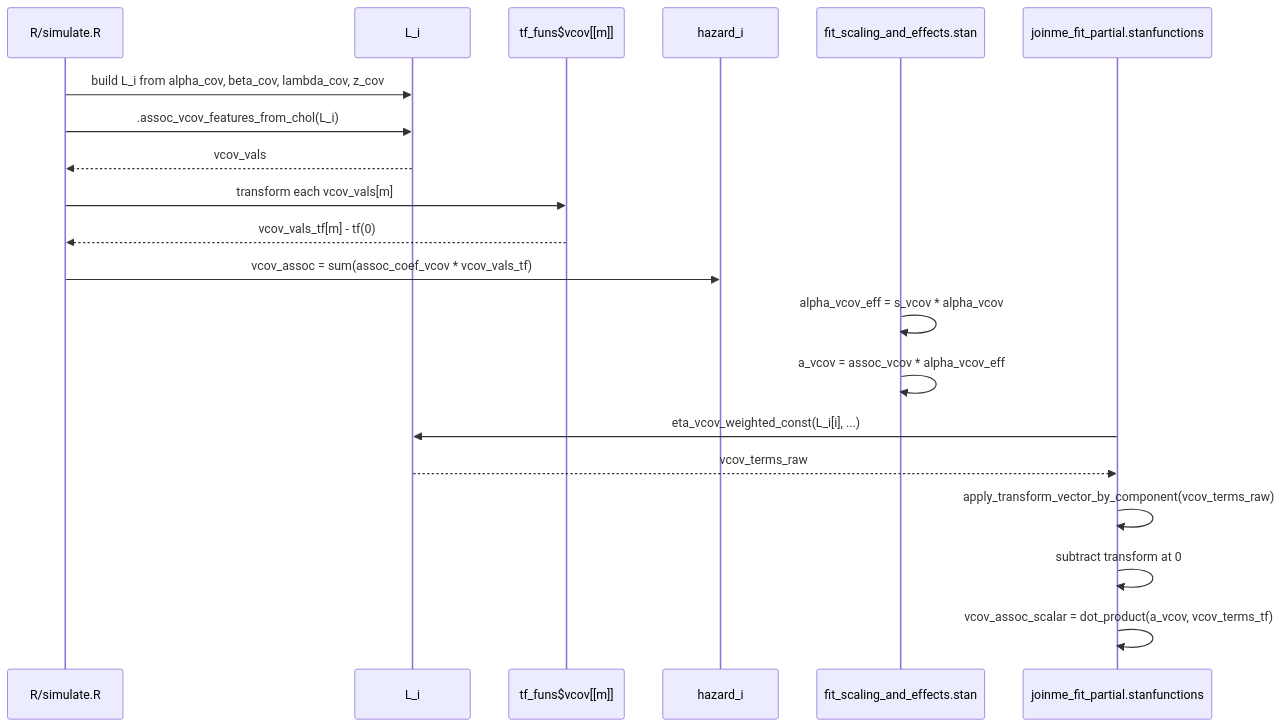
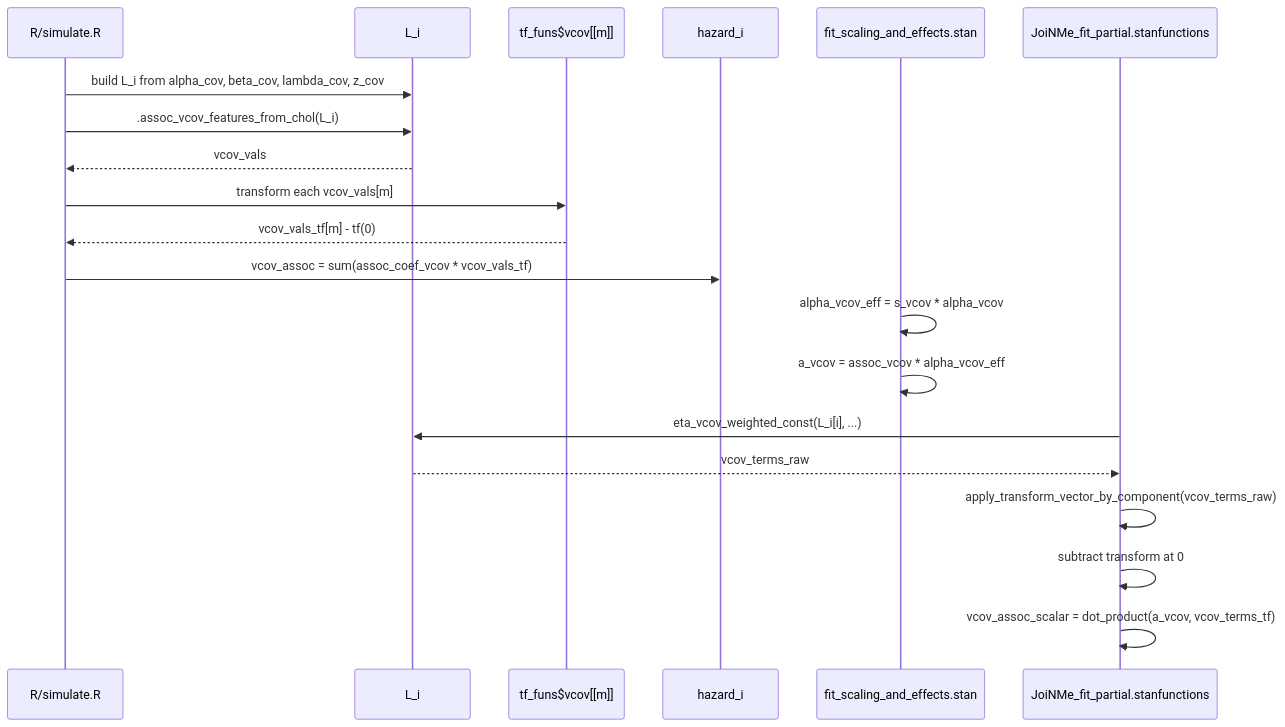
One commit to trinhdhk/joinme changed the first of 2 diagrams in notes/vcov-association-algorithm.qmd. Above: the diagram before and after it, drawn with Mermaid. The commit also changed other lines of this file and 156 other files, not shown here.

````diff
--- a/notes/vcov-association-algorithm.qmd
+++ b/notes/vcov-association-algorithm.qmd
@@ -342,24 +342,24 @@
 ```{mermaid}
 sequenceDiagram
   participant Sim as R/simulate.R
   participant Chol as L_i
   participant TF as tf_funs$vcov[[m]]
   participant Haz as hazard_i
   participant StanTP as fit_scaling_and_effects.stan
-  participant StanLL as joinme_fit_partial.stanfunctions
+  participant StanLL as JoiNMe_fit_partial.stanfunctions
 
   Sim->>Chol: build L_i from alpha_cov, beta_cov, lambda_cov, z_cov
   Sim->>Chol: .assoc_vcov_features_from_chol(L_i)
   Chol-->>Sim: vcov_vals
   Sim->>TF: transform each vcov_vals[m]
   TF-->>Sim: vcov_vals_tf[m] - tf(0)
   Sim->>Haz: vcov_assoc = sum(assoc_coef_vcov * vcov_vals_tf)
 
   StanTP->>StanTP: alpha_vcov_eff = s_vcov * alpha_vcov
   StanTP->>StanTP: a_vcov = assoc_vcov * alpha_vcov_eff
   StanLL->>Chol: eta_vcov_weighted_const(L_i[i], ...)
   Chol-->>StanLL: vcov_terms_raw
   StanLL->>StanLL: apply_transform_vector_by_component(vcov_terms_raw)
   StanLL->>StanLL: subtract transform at 0
   StanLL->>StanLL: vcov_assoc_scalar = dot_product(a_vcov, vcov_terms_tf)
 ```
````
